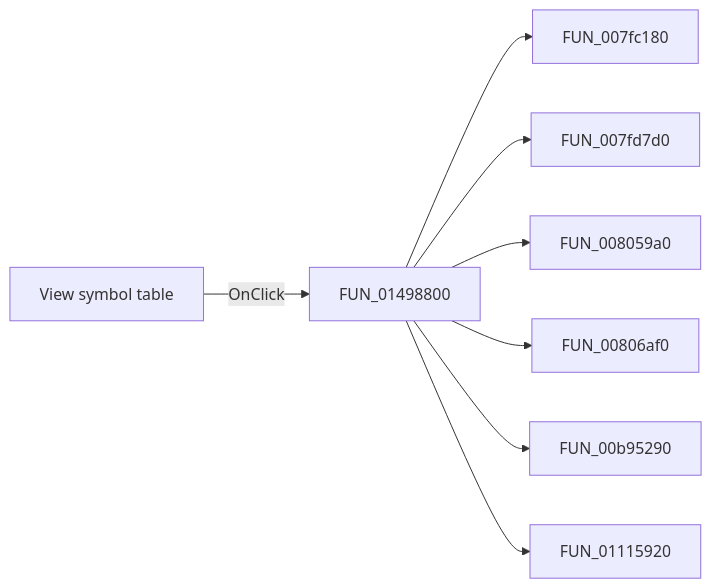
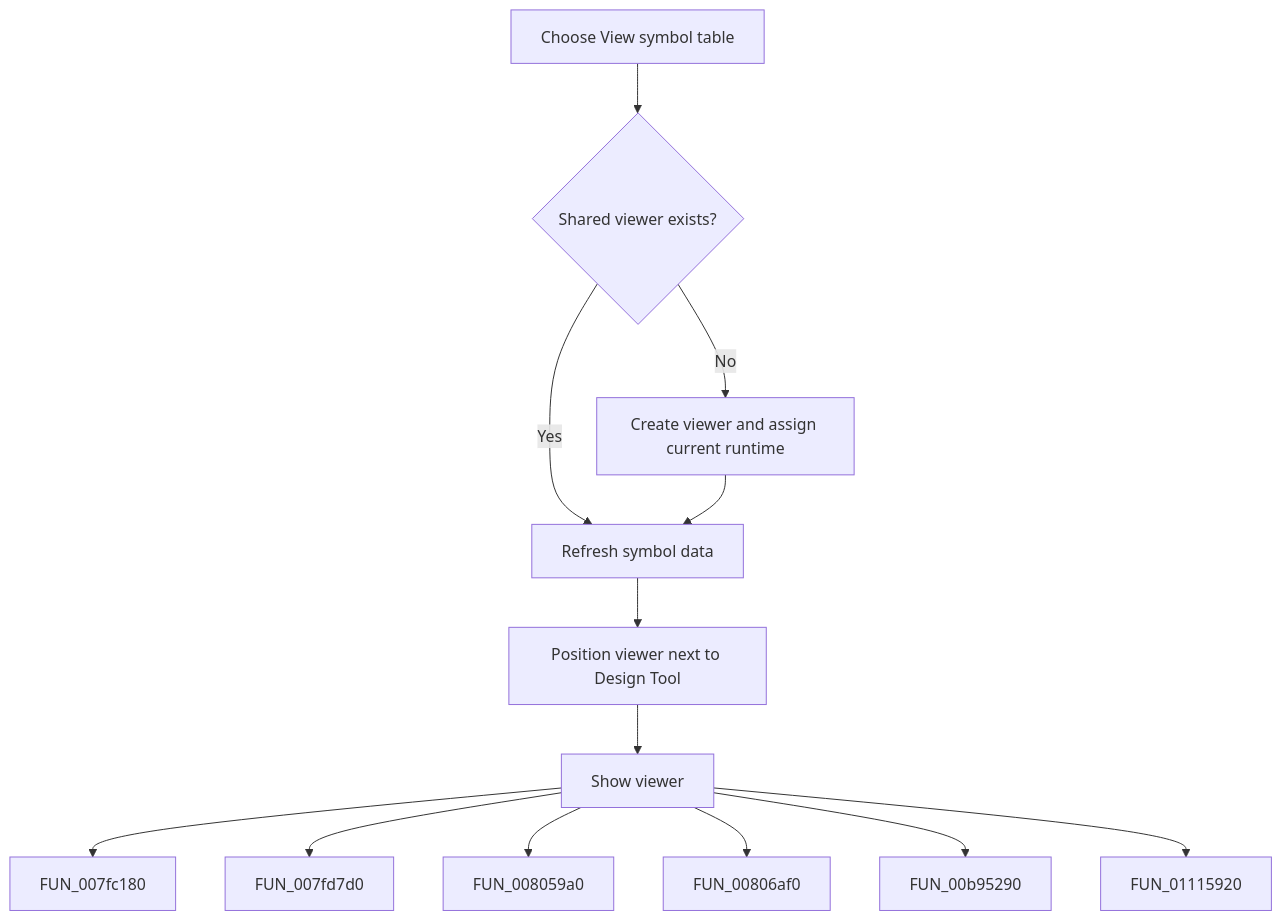
The diagram in docs/ui-controls/frmdesigntool/viewsymboltable1-5435493ff9.md (MovGP0/TIARA), drawn with Mermaid before and after one commit. The commit also changed other lines of this file and 387 other files, not shown here.

````diff
--- a/docs/ui-controls/frmdesigntool/viewsymboltable1-5435493ff9.md
+++ b/docs/ui-controls/frmdesigntool/viewsymboltable1-5435493ff9.md
@@ -27,10 +27,15 @@
 ```mermaid
-flowchart LR
-    control["View symbol table"] -->|OnClick| handler["FUN_01498800"]
+flowchart TD
+    control["Choose View symbol table"] --> exists{"Shared viewer exists?"}
+    exists -->|No| create["Create viewer and assign current runtime"]
+    exists -->|Yes| refresh["Refresh symbol data"]
+    create --> refresh
+    refresh --> position["Position viewer next to Design Tool"]
+    position --> handler["Show viewer"]
     handler --> call1["FUN_007fc180"]
     handler --> call2["FUN_007fd7d0"]
     handler --> call3["FUN_008059a0"]
     handler --> call4["FUN_00806af0"]
     handler --> call5["FUN_00b95290"]
     handler --> call6["FUN_01115920"]
 ```
````
